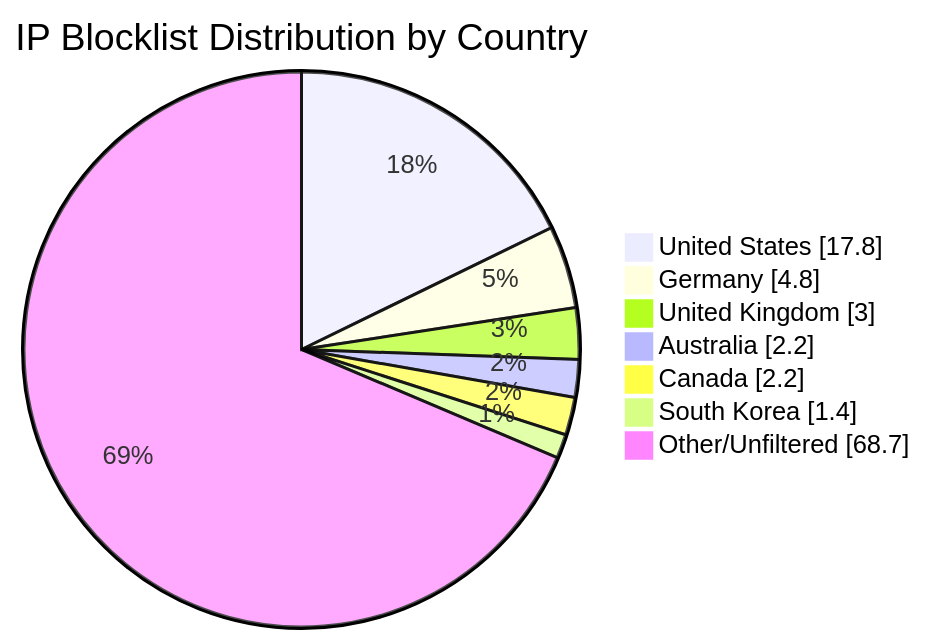
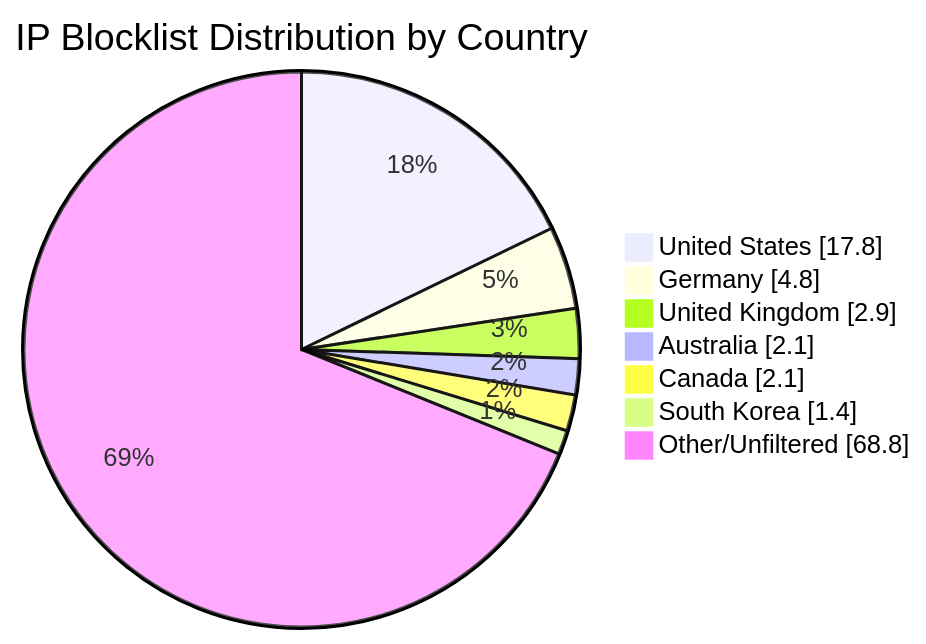
One commit to MarcusHoltz/ipblocklist-geofiltered-aggregator changed the diagram in README.md. Above: the diagram before and after it, drawn with Mermaid. The commit also changed other lines of this file and 9 other files, not shown here.

````diff
--- a/README.md
+++ b/README.md
@@ -34,10 +34,10 @@
 ```mermaid
 pie showData title IP Blocklist Distribution by Country
 "United States" : 17.8
 "Germany" : 4.8
-"United Kingdom" : 3.0
-"Australia" : 2.2
-"Canada" : 2.2
+"United Kingdom" : 2.9
+"Australia" : 2.1
+"Canada" : 2.1
 "South Korea" : 1.4
-"Other/Unfiltered" : 68.7
+"Other/Unfiltered" : 68.8
 ```
````
